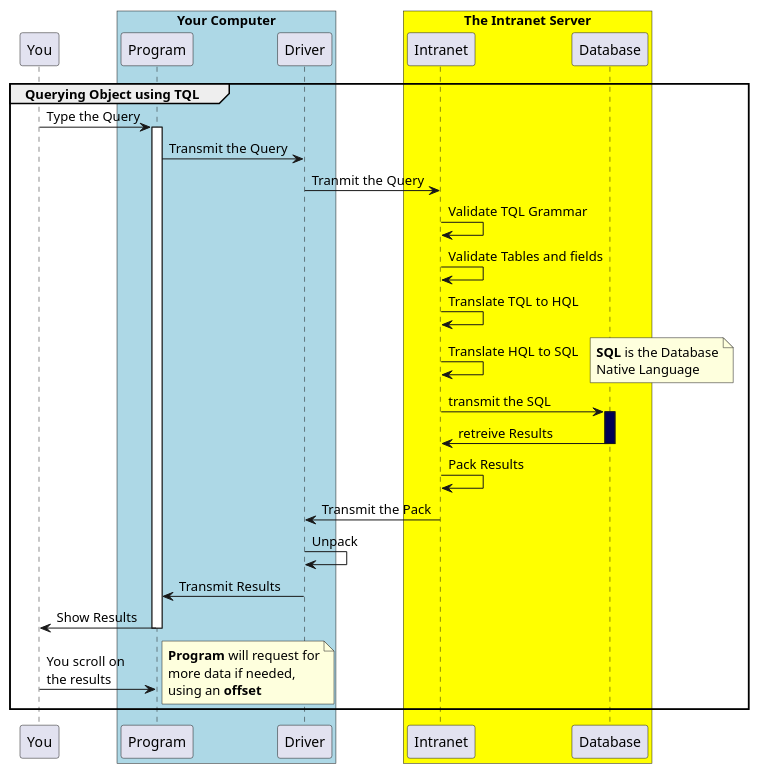
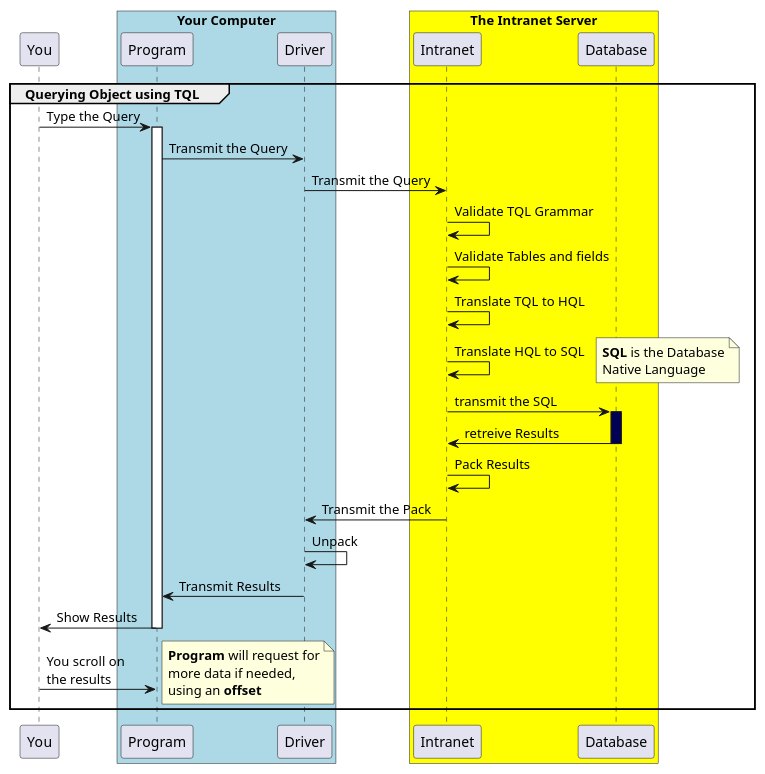
One commit to Taack/taack-website-content changed the diagram in asciidoc/more/JDBC/taack-jdbc-driver.adoc. Above: the diagram before and after it, drawn with PlantUML. The commit also changed 3 other files, not shown here.

```diff
--- a/asciidoc/more/JDBC/taack-jdbc-driver.adoc
+++ b/asciidoc/more/JDBC/taack-jdbc-driver.adoc
@@ -18,45 +18,45 @@
 [plantuml,format="svg",opts="online"]
 ----
 @startuml
 group Querying Object using TQL
         You -> Program : Type the Query
         activate Program
         Program -> Driver : Transmit the Query
-        Driver -> Intranet : Tranmit the Query
+        Driver -> Intranet : Transmit the Query
         Intranet -> Intranet : Validate TQL Grammar
         Intranet -> Intranet : Validate Tables and fields
         Intranet -> Intranet : Translate TQL to HQL
         Intranet -> Intranet : Translate HQL to SQL
         note right
             **SQL** is the Database
             Native Language
         end note
         Intranet -> Database : transmit the SQL
         activate Database #000055
         Database -> Intranet : retreive Results
         deactivate Database
         Intranet -> Intranet : Pack Results
         Intranet -> Driver : Transmit the Pack
         Driver -> Driver : Unpack
         Driver -> Program : Transmit Results
         Program -> You : Show Results
         deactivate Program
         You -> Program : You scroll on \nthe results
         note right
             **Program** will request for
             more data if needed,
             using an **offset**
         end note
 end
 
 box "Your Computer" #LightBlue
     participant Program
     participant Driver
 end box
 box "The Intranet Server" #Yellow
     participant Intranet
     participant Database
 end box
 
 @enduml
 ----
```
